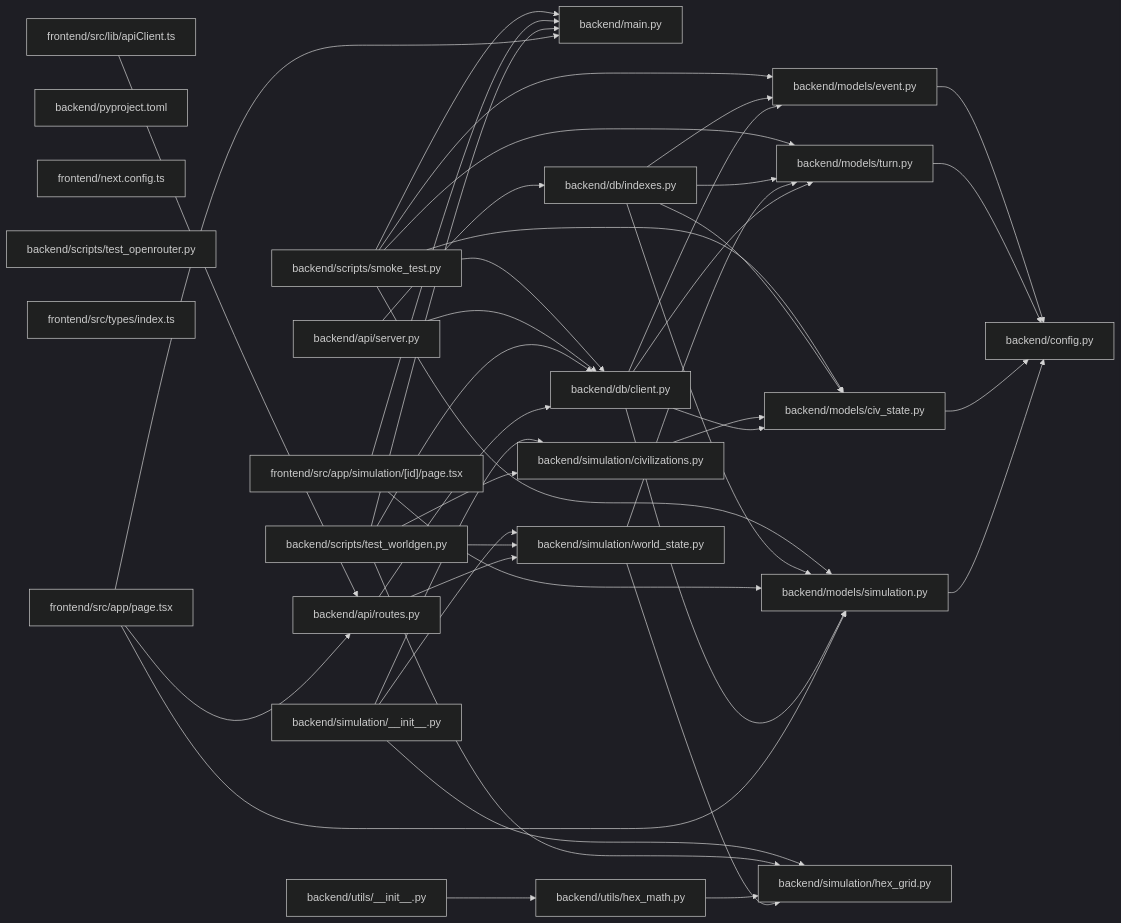
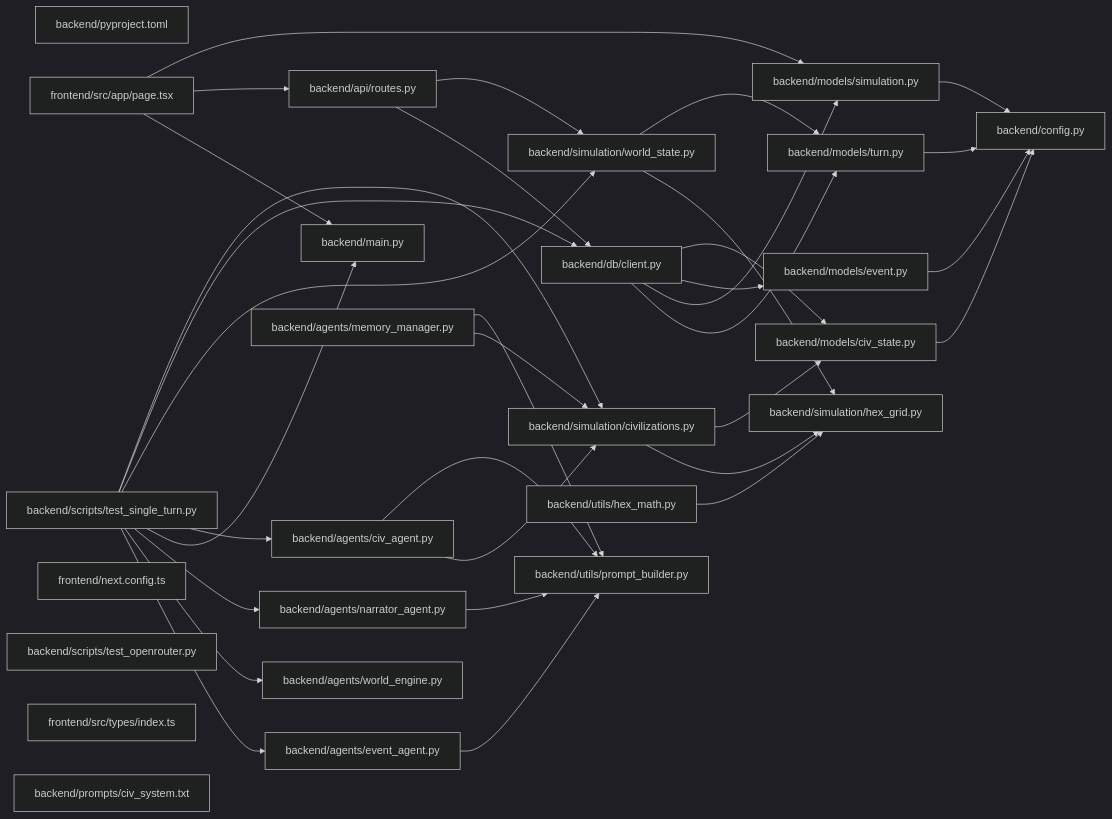
One commit to madhavv-xd/civilex changed the diagram in CONTEXT.md. Above: the diagram before and after it, drawn with Mermaid (dark theme). The commit also changed other lines of this file and 1 other file, not shown here.

````diff
--- a/CONTEXT.md
+++ b/CONTEXT.md
@@ -421,69 +658,60 @@
 ```mermaid
 graph LR
-    f0["backend/models/simulation.py"]
-    f1["backend/models/civ_state.py"]
-    f2["backend/api/routes.py"]
-    f3["backend/models/turn.py"]
-    f4["backend/main.py"]
-    f5["backend/models/event.py"]
-    f6["frontend/src/app/page.tsx"]
+    f0["backend/models/civ_state.py"]
+    f1["backend/models/simulation.py"]
+    f2["backend/main.py"]
+    f3["backend/pyproject.toml"]
+    f4["backend/models/turn.py"]
+    f5["backend/utils/prompt_builder.py"]
+    f6["backend/simulation/civilizations.py"]
     f7["backend/simulation/hex_grid.py"]
-    f8["backend/config.py"]
-    f9["backend/db/client.py"]
-    f10["backend/simulation/world_state.py"]
-    f11["backend/pyproject.toml"]
-    f12["frontend/next.config.ts"]
-    f13["backend/simulation/civilizations.py"]
-    f14["backend/utils/hex_math.py"]
-    f15["backend/scripts/test_openrouter.py"]
-    f16["backend/scripts/test_worldgen.py"]
-    f17["frontend/src/types/index.ts"]
-    f18["frontend/src/app/simulation/[id]/page.tsx"]
-    f19["backend/simulation/__init__.py"]
-    f20["backend/utils/__init__.py"]
-    f21["backend/api/server.py"]
-    f22["backend/db/indexes.py"]
-    f23["frontend/src/lib/apiClient.ts"]
-    f24["backend/scripts/smoke_test.py"]
-    f0 --> f8
-    f1 --> f8
-    f2 --> f9
-    f2 --> f10
-    f3 --> f8
-    f5 --> f8
-    f6 --> f4
-    f6 --> f2
+    f8["backend/db/client.py"]
+    f9["backend/models/event.py"]
+    f10["backend/api/routes.py"]
+    f11["backend/simulation/world_state.py"]
+    f12["backend/config.py"]
+    f13["frontend/src/app/page.tsx"]
+    f14["backend/agents/civ_agent.py"]
+    f15["backend/agents/event_agent.py"]
+    f16["backend/agents/narrator_agent.py"]
+    f17["backend/agents/world_engine.py"]
+    f18["backend/scripts/test_single_turn.py"]
+    f19["frontend/next.config.ts"]
+    f20["backend/agents/memory_manager.py"]
+    f21["backend/scripts/test_openrouter.py"]
+    f22["backend/utils/hex_math.py"]
+    f23["frontend/src/types/index.ts"]
+    f24["backend/prompts/civ_system.txt"]
+    f0 --> f12
+    f1 --> f12
+    f4 --> f12
+    f6 --> f7
     f6 --> f0
-    f9 --> f3
-    f9 --> f0
-    f9 --> f5
-    f9 --> f1
-    f10 --> f7
-    f10 --> f3
+    f8 --> f4
+    f8 --> f1
+    f8 --> f9
+    f8 --> f0
+    f9 --> f12
+    f10 --> f8
+    f10 --> f11
+    f11 --> f7
+    f11 --> f4
+    f13 --> f2
+    f13 --> f10
     f13 --> f1
-    f14 --> f7
-    f16 --> f4
-    f16 --> f10
-    f16 --> f9
-    f16 --> f13
-    f16 --> f7
-    f18 --> f4
-    f18 --> f0
-    f19 --> f10
-    f19 --> f13
-    f19 --> f7
-    f20 --> f14
-    f21 --> f22
-    f21 --> f9
-    f22 --> f3
-    f22 --> f0
-    f22 --> f5
-    f22 --> f1
-    f23 --> f2
-    f24 --> f4
-    f24 --> f9
-    f24 --> f3
-    f24 --> f0
-    f24 --> f5
-    f24 --> f1
+    f14 --> f6
+    f14 --> f5
+    f15 --> f5
+    f16 --> f5
+    f18 --> f15
+    f18 --> f17
+    f18 --> f16
+    f18 --> f2
+    f18 --> f14
+    f18 --> f11
+    f18 --> f8
+    f18 --> f6
+    f20 --> f6
+    f20 --> f5
+    f22 --> f7
 ```
````
